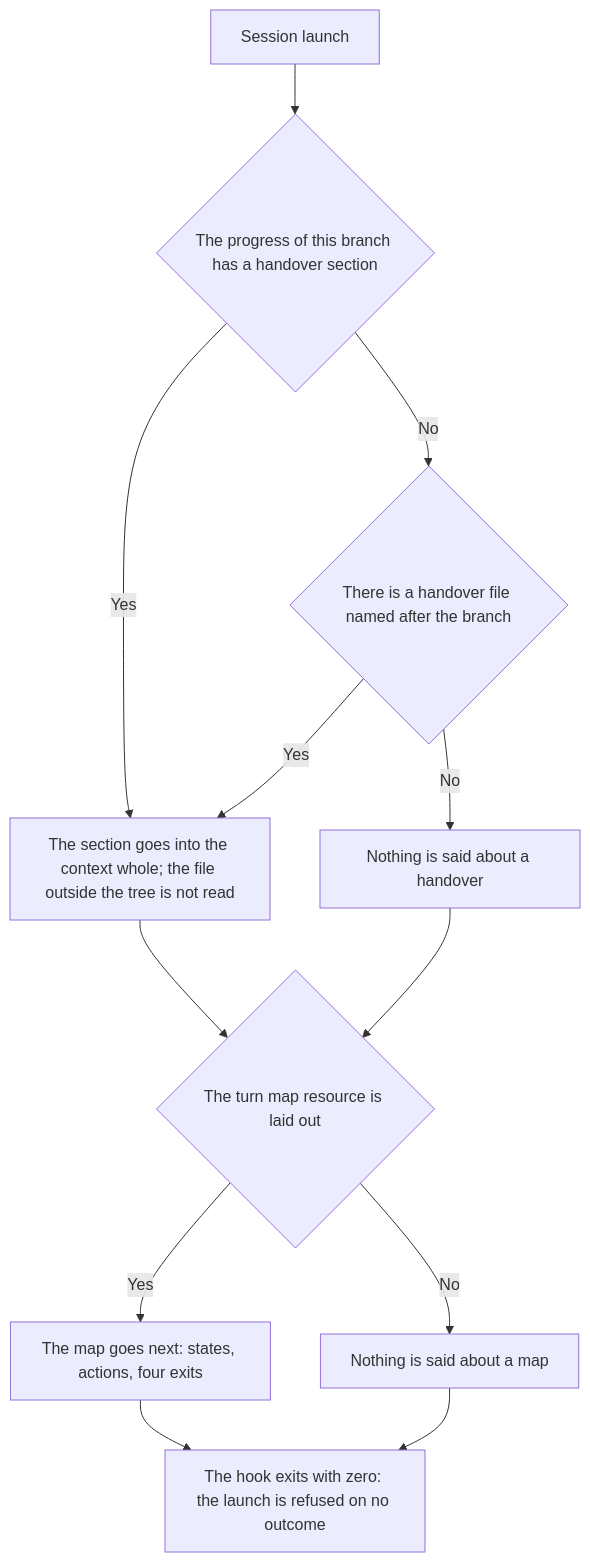
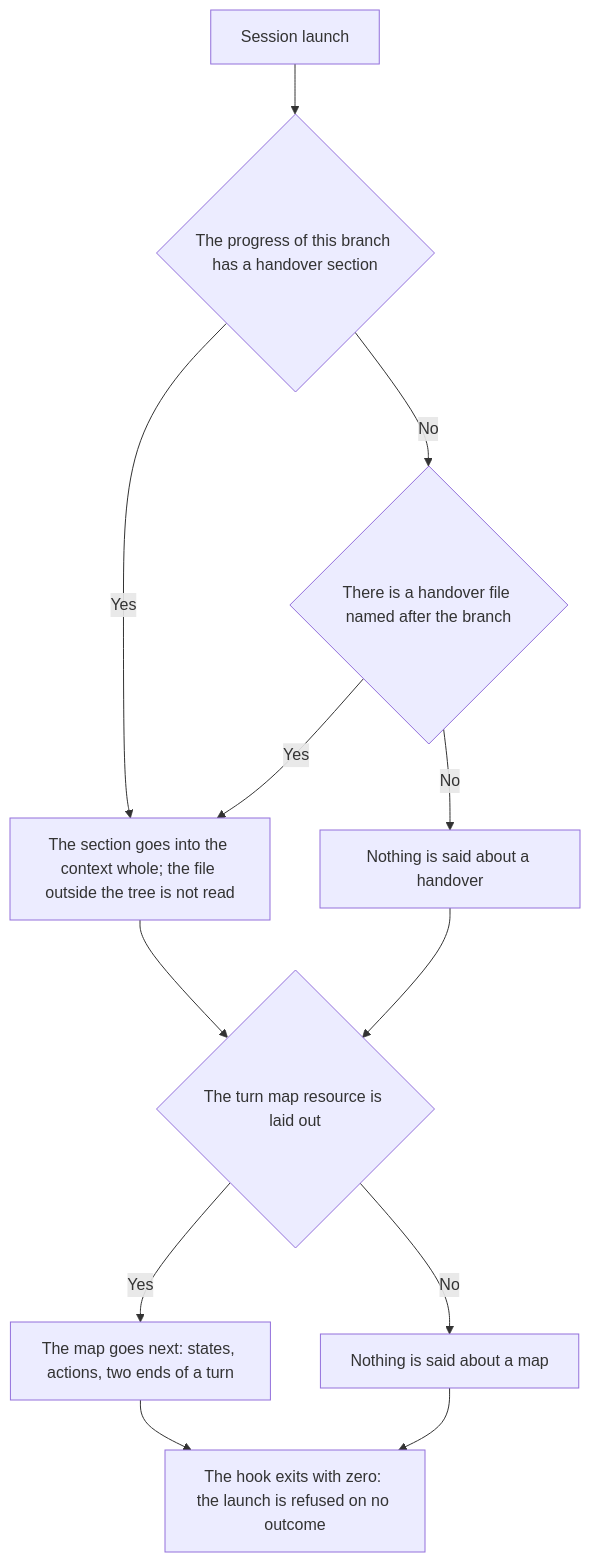
One commit to Eyhenij/rt-tools changed the diagram in .claude/skills/turn-entry/SKILL.md. Above: the diagram before and after it, drawn with Mermaid. The commit also changed other lines of this file and 52 other files, not shown here.

````diff
--- a/.claude/skills/turn-entry/SKILL.md
+++ b/.claude/skills/turn-entry/SKILL.md
@@ -36,14 +36,14 @@
 ```mermaid
 flowchart TD
     A[Session launch] --> B{The progress of this branch has a handover section}
     B -->|Yes| C[The section goes into the context whole; the file outside the tree is not read]
     B -->|No| B2{There is a handover file named after the branch}
     B2 -->|Yes| C
     B2 -->|No| D[Nothing is said about a handover]
     C --> E{The turn map resource is laid out}
     D --> E
-    E -->|Yes| F[The map goes next: states, actions, four exits]
+    E -->|Yes| F[The map goes next: states, actions, two ends of a turn]
     E -->|No| G[Nothing is said about a map]
     F --> H[The hook exits with zero: the launch is refused on no outcome]
     G --> H
 ```
````
